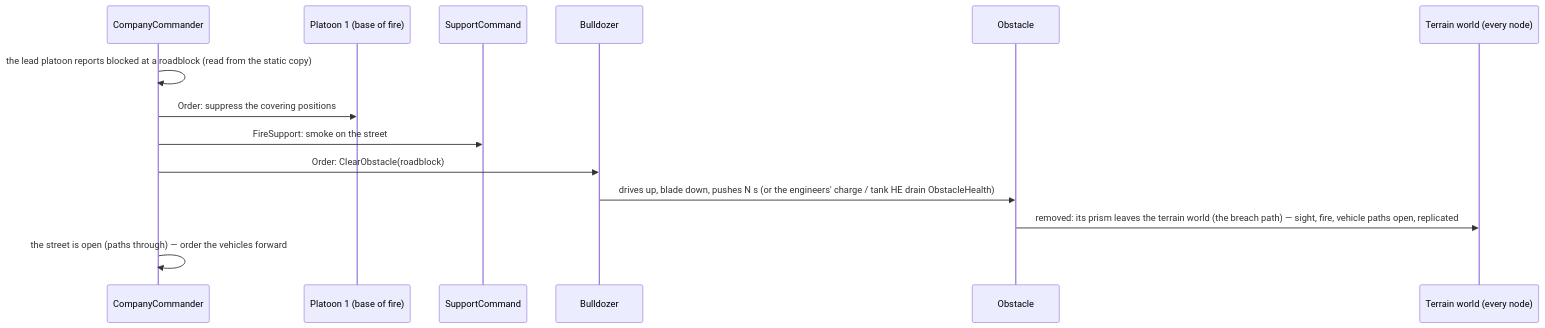
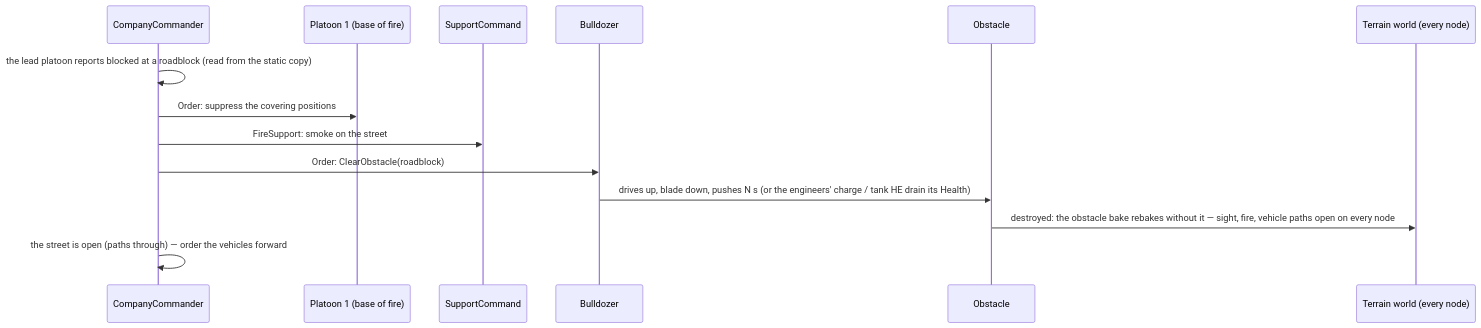
The fourth of 6 diagrams in docs/designs/group-maneuvers/DESIGN_City_Battle_Showcase.md (pjanec/HROT), drawn with Mermaid before and after one commit. The commit also changed other lines of this file and 3 other files, not shown here.

First line of the commit message:
showcase: world-lane handoff + every work item a tracker row (Area S, CE-6000…/CE-7000…)

````diff
--- a/docs/designs/group-maneuvers/DESIGN_City_Battle_Showcase.md
+++ b/docs/designs/group-maneuvers/DESIGN_City_Battle_Showcase.md
@@ -260,16 +260,16 @@
 ```mermaid
 sequenceDiagram
   participant C as CompanyCommander
   participant P1 as Platoon 1 (base of fire)
   participant HQ as SupportCommand
   participant B as Bulldozer
   participant O as Obstacle
   participant T as Terrain world (every node)
   C->>C: the lead platoon reports blocked at a roadblock (read from the static copy)
   C->>P1: Order: suppress the covering positions
   C->>HQ: FireSupport: smoke on the street
   C->>B: Order: ClearObstacle(roadblock)
-  B->>O: drives up, blade down, pushes N s (or the engineers' charge / tank HE drain ObstacleHealth)
-  O->>T: removed: its prism leaves the terrain world (the breach path) — sight, fire, vehicle paths open, replicated
+  B->>O: drives up, blade down, pushes N s (or the engineers' charge / tank HE drain its Health)
+  O->>T: destroyed: the obstacle bake rebakes without it — sight, fire, vehicle paths open on every node
   C->>C: the street is open (paths through) — order the vehicles forward
 ```
````
